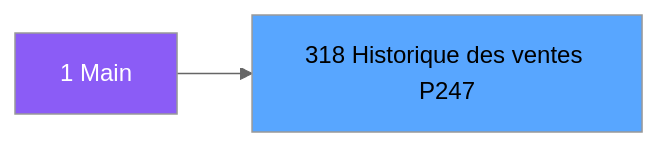
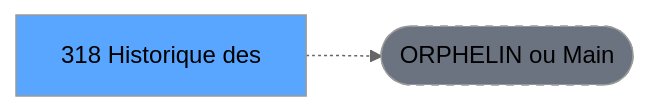
The second of 3 diagrams in .openspec/specs/ADH-IDE-318.md (thonyAGP/lecteur-magic), drawn with Mermaid (neutral theme) before and after one commit. The commit also changed other lines of this file and 701 other files, not shown here.

````diff
--- a/.openspec/specs/ADH-IDE-318.md
+++ b/.openspec/specs/ADH-IDE-318.md
@@ -145,8 +135,8 @@
 ```mermaid
 graph LR
-    M[1 Main]
-    T[318 Historique des ventes P247]
-    M --> T
-    style M fill:#8b5cf6,color:#fff
+    T[318 Historique des ]
+    ORPHAN([ORPHELIN ou Main])
+    T -.-> ORPHAN
     style T fill:#58a6ff,color:#000
+    style ORPHAN fill:#6b7280,stroke-dasharray: 5 5
 ```
````
